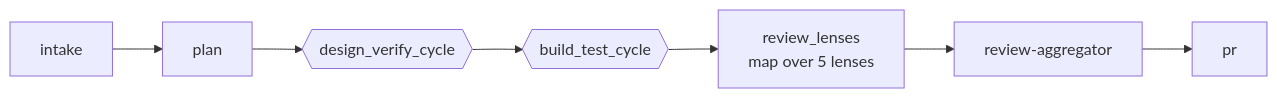
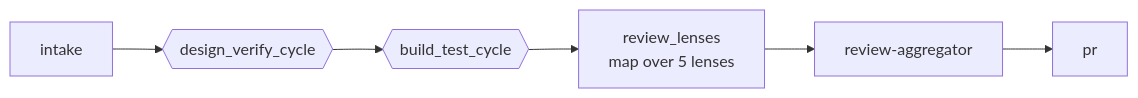
Before and after one commit to ezigus/zBuild: the diagram in docs/wiki/Pipeline-and-Stages.md, drawn with Mermaid. The commit also changed other lines of this file and 81 other files, not shown here.

First line of the commit message:
[ADR-067 ADR-068 ADR-069 ADR-070 ADR-013] every stage finishes at once when its work is done; test-author's tests run by script; design's check looks both ways; intake writes requirements with a model; plan merges into design (#2445) (#2446)

````diff
--- a/docs/wiki/Pipeline-and-Stages.md
+++ b/docs/wiki/Pipeline-and-Stages.md
@@ -25,9 +25,8 @@
 ```mermaid
 flowchart LR
-    intake[intake] --> plan[plan]
-    plan --> dvc{{design_verify_cycle}}
+    intake[intake] --> dvc{{design_verify_cycle}}
     dvc --> btc{{build_test_cycle}}
     btc --> lenses[review_lenses<br/>map over 5 lenses]
     lenses --> agg[review-aggregator]
     agg --> pr[pr]
 ```
````
